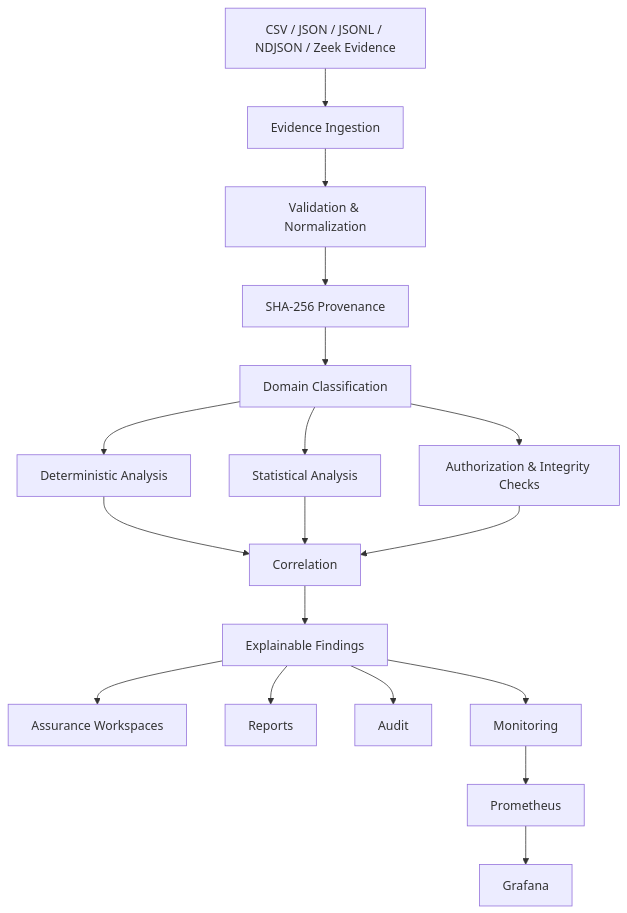
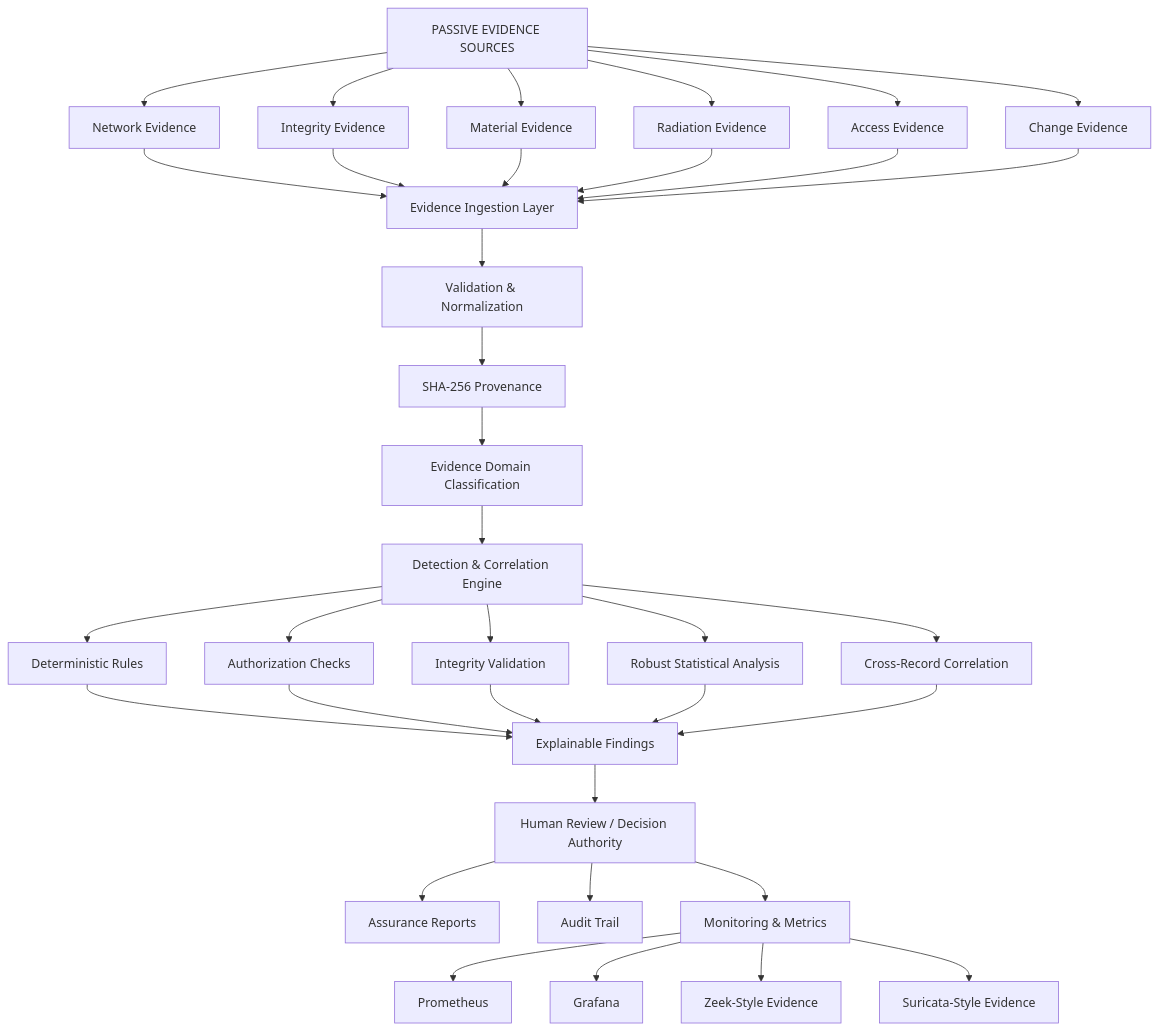
The second of 6 diagrams in README.md (ruveeha33/NuclearShield), drawn with Mermaid before and after one commit. The commit also changed other lines of this file, not shown here.

````diff
--- a/README.md
+++ b/README.md
@@ -136,25 +129,48 @@
 ```mermaid
-flowchart TB
-    A["CSV / JSON / JSONL / NDJSON / Zeek Evidence"] --> B["Evidence Ingestion"]
-    B --> C["Validation & Normalization"]
-    C --> D["SHA-256 Provenance"]
-    D --> E["Domain Classification"]
+flowchart TD
 
-    E --> F["Deterministic Analysis"]
-    E --> G["Statistical Analysis"]
-    E --> H["Authorization & Integrity Checks"]
+    INPUT["PASSIVE EVIDENCE SOURCES"]
 
-    F --> I["Correlation"]
-    G --> I
-    H --> I
+    INPUT --> NET["Network Evidence"]
+    INPUT --> INT["Integrity Evidence"]
+    INPUT --> ACC["Access Evidence"]
+    INPUT --> MAT["Material Evidence"]
+    INPUT --> RAD["Radiation Evidence"]
+    INPUT --> CHG["Change Evidence"]
 
-    I --> J["Explainable Findings"]
+    NET --> INGEST["Evidence Ingestion Layer"]
+    INT --> INGEST
+    MAT --> INGEST
+    RAD --> INGEST
+    ACC --> INGEST
+    CHG --> INGEST
 
-    J --> K["Assurance Workspaces"]
-    J --> L["Reports"]
-    J --> M["Audit"]
-    J --> N["Monitoring"]
+    INGEST --> VALIDATE["Validation & Normalization"]
+    VALIDATE --> HASH["SHA-256 Provenance"]
+    HASH --> CLASSIFY["Evidence Domain Classification"]
 
-    N --> O["Prometheus"]
-    O --> P["Grafana"]
+    CLASSIFY --> ENGINE["Detection & Correlation Engine"]
+
+    ENGINE --> RULES["Deterministic Rules"]
+    ENGINE --> AUTH["Authorization Checks"]
+    ENGINE --> INTEGRITY["Integrity Validation"]
+    ENGINE --> STATS["Robust Statistical Analysis"]
+    ENGINE --> CORR["Cross-Record Correlation"]
+
+    RULES --> FINDINGS["Explainable Findings"]
+    AUTH --> FINDINGS
+    INTEGRITY --> FINDINGS
+    STATS --> FINDINGS
+    CORR --> FINDINGS
+
+    FINDINGS --> HUMAN["Human Review / Decision Authority"]
+
+    HUMAN --> REPORT["Assurance Reports"]
+    HUMAN --> AUDIT["Audit Trail"]
+    HUMAN --> MONITOR["Monitoring & Metrics"]
+
+    MONITOR --> PROM["Prometheus"]
+    MONITOR --> GRAF["Grafana"]
+    MONITOR --> ZEEK["Zeek-Style Evidence"]
+    MONITOR --> SURI["Suricata-Style Evidence"]
 ```
````
